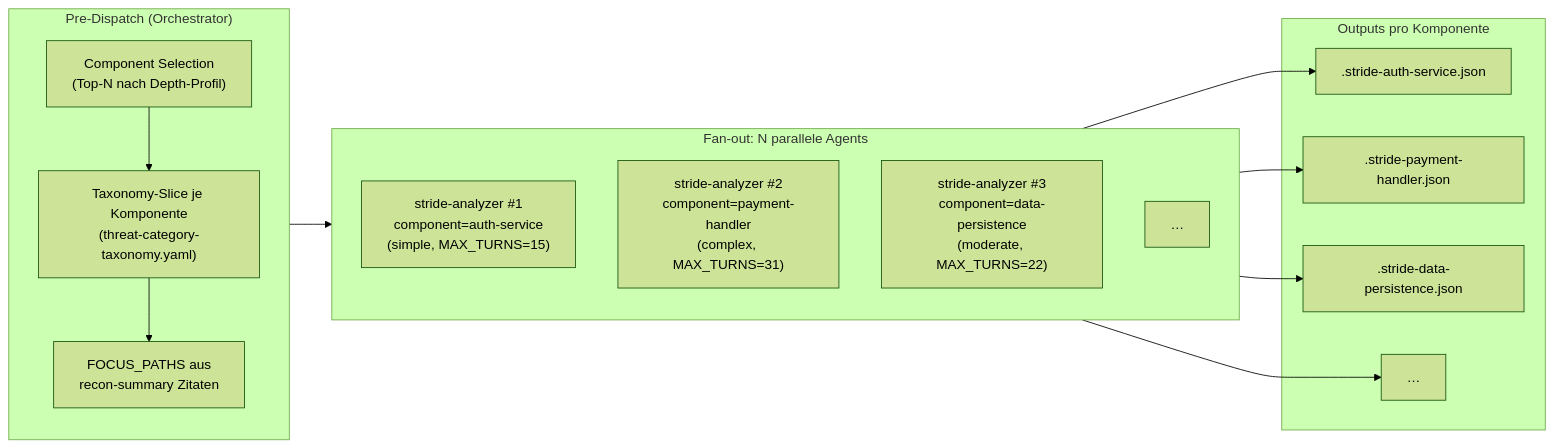
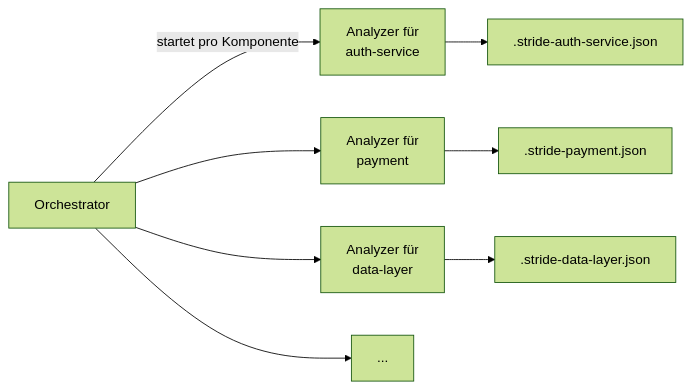
Before and after one commit to appsec-foundry/appsec-advisor: the sixth of 8 diagrams in dev.md, drawn with Mermaid (forest theme). The commit also changed other lines of this file and 44 other files, not shown here.

````diff
--- a/dev.md
+++ b/dev.md
@@ -318,31 +250,10 @@
 ```mermaid
 flowchart LR
-  subgraph Pre["Pre-Dispatch (Orchestrator)"]
-    direction TB
-    SEL["Component Selection<br/>(Top-N nach Depth-Profil)"]
-    SLICE["Taxonomy-Slice je Komponente<br/>(threat-category-taxonomy.yaml)"]
-    FOCUS["FOCUS_PATHS aus<br/>recon-summary Zitaten"]
-    SEL --> SLICE --> FOCUS
-  end
-
-  subgraph Dispatch["Fan-out: N parallele Agents"]
-    direction TB
-    S1["stride-analyzer #1<br/>component=auth-service<br/>(simple, MAX_TURNS=15)"]
-    S2["stride-analyzer #2<br/>component=payment-handler<br/>(complex, MAX_TURNS=31)"]
-    S3["stride-analyzer #3<br/>component=data-persistence<br/>(moderate, MAX_TURNS=22)"]
-    SN["…"]
-  end
-
-  subgraph Out["Outputs pro Komponente"]
-    O1[".stride-auth-service.json"]
-    O2[".stride-payment-handler.json"]
-    O3[".stride-data-persistence.json"]
-    ON["…"]
-  end
-
-  Pre --> Dispatch
-  S1 --> O1
-  S2 --> O2
-  S3 --> O3
-  SN --> ON
+  O["Orchestrator"] -- "startet pro Komponente" --> S1["Analyzer für<br/>auth-service"]
+  O --> S2["Analyzer für<br/>payment"]
+  O --> S3["Analyzer für<br/>data-layer"]
+  O --> Sn["..."]
+  S1 --> F1[".stride-auth-service.json"]
+  S2 --> F2[".stride-payment.json"]
+  S3 --> F3[".stride-data-layer.json"]
 ```
````
